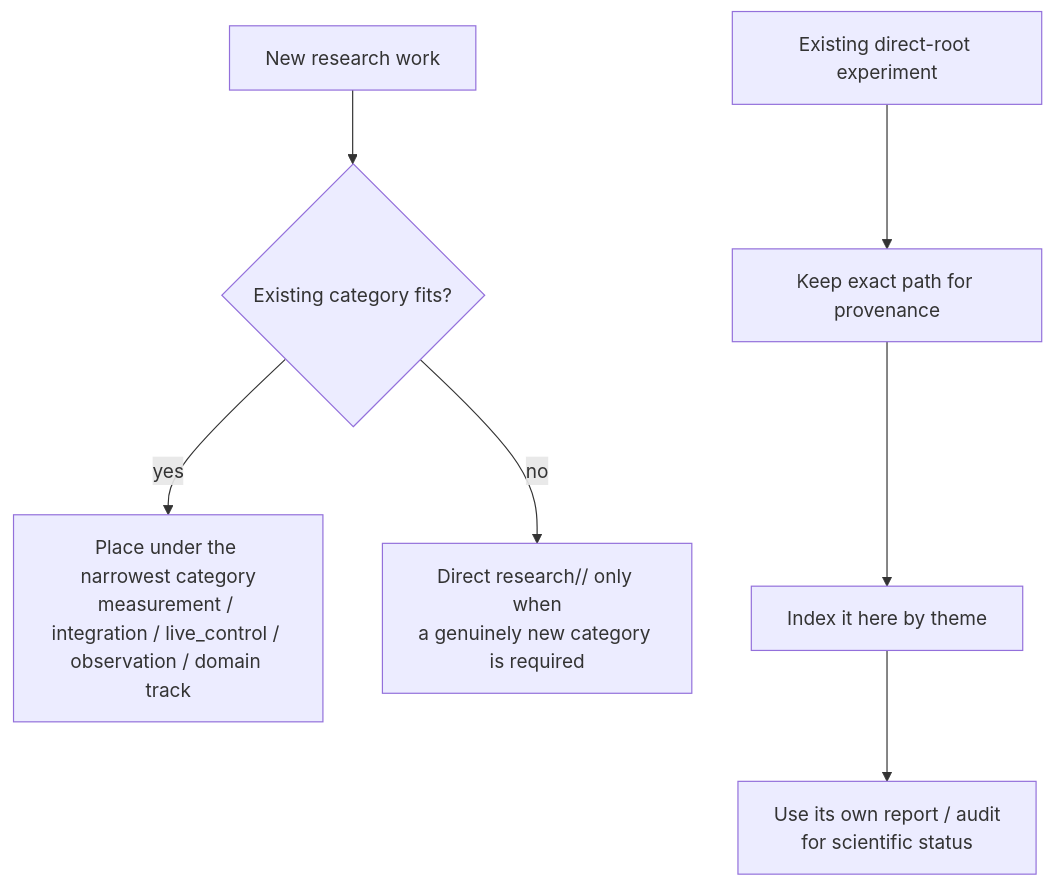
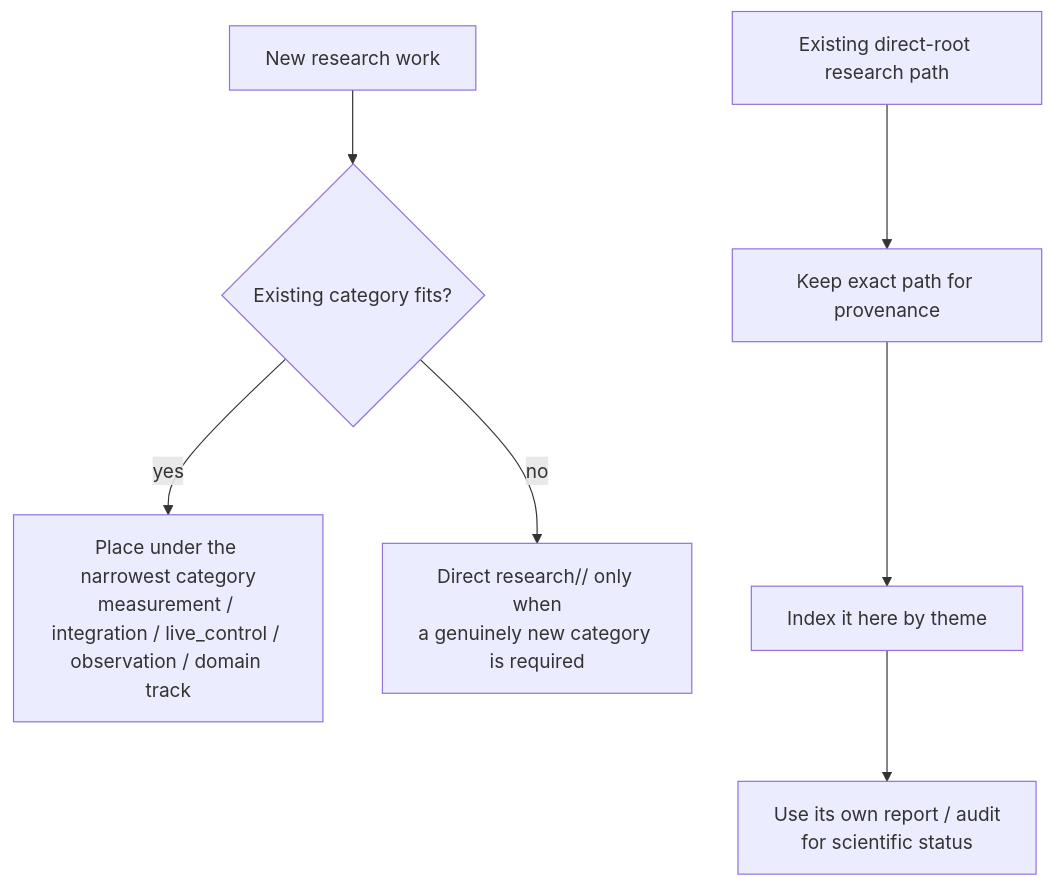
Before and after one commit to Unjuno/agent-interface: the diagram in research/ROOT_NAMESPACE_MAP.md, drawn with Mermaid. The commit also changed other lines of this file, not shown here.

Commit message:
Normalize research/ROOT_NAMESPACE_MAP.md research terminology

````diff
--- a/research/ROOT_NAMESPACE_MAP.md
+++ b/research/ROOT_NAMESPACE_MAP.md
@@ -7,9 +7,9 @@
 ```mermaid
 flowchart TD
     Q[New research work] --> C{Existing category fits?}
     C -->|yes| N[Place under the narrowest category<br/>measurement / integration / live_control / observation / domain track]
     C -->|no| R[Direct research/<name>/ only when<br/>a genuinely new category is required]
-    O[Existing direct-root experiment] --> P[Keep exact path for provenance]
+    O[Existing direct-root research path] --> P[Keep exact path for provenance]
     P --> I[Index it here by theme]
     I --> S[Use its own report / audit<br/>for scientific status]
 ```
````
